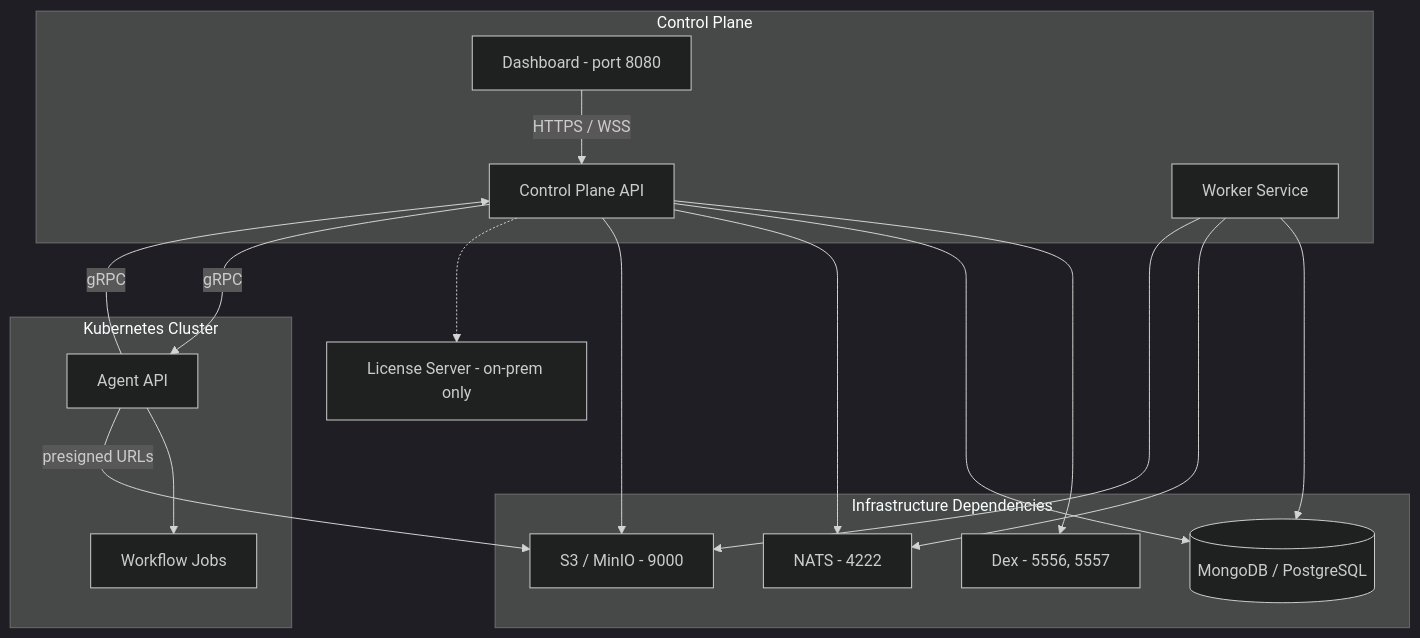
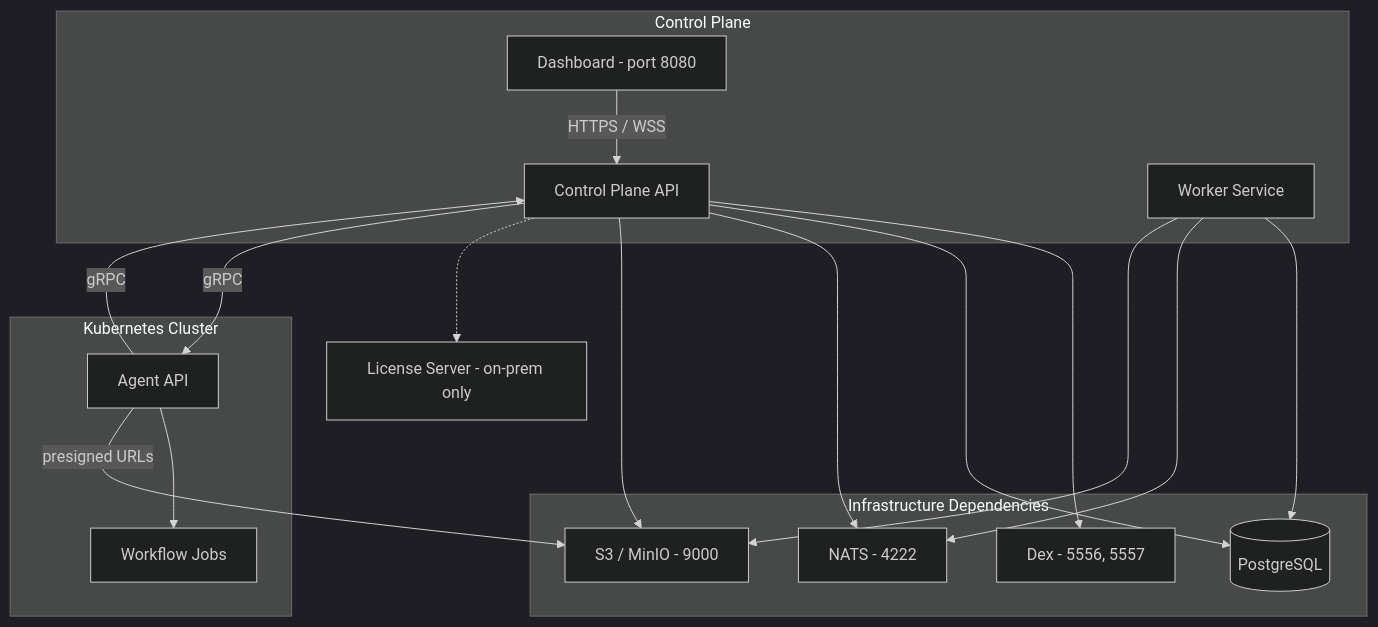
Before and after one commit to kubeshop/testkube-docs: the third of 5 diagrams in docs/articles/architecture.md, drawn with Mermaid (dark theme). The commit also changed other lines of this file and 8 other files, not shown here.

````diff
--- a/docs/articles/architecture.md
+++ b/docs/articles/architecture.md
@@ -93,36 +93,36 @@
 ```mermaid
 flowchart TB
     subgraph Control Plane
         Dashboard["Dashboard - port 8080"]
         API["Control Plane API"]
         Worker["Worker Service"]
     end
 
     subgraph Infrastructure Dependencies
         Dex["Dex - 5556, 5557"]
-        DB[("MongoDB / PostgreSQL")]
+        DB[("PostgreSQL")]
         NATS["NATS - 4222"]
         S3["S3 / MinIO - 9000"]
     end
 
     LS["License Server - on-prem only"]
 
     subgraph Kubernetes Cluster
         AgentAPI["Agent API"]
         WF["Workflow Jobs"]
     end
 
     Dashboard -- "HTTPS / WSS" --> API
     API --> Dex
     API --> DB
     API --> NATS
     API --> S3
     API -.-> LS
     Worker --> DB
     Worker --> NATS
     Worker --> S3
     API -- "gRPC" --> AgentAPI
     AgentAPI -- "gRPC" --> API
     AgentAPI --> WF
     AgentAPI -- "presigned URLs" --> S3
 ```
````
